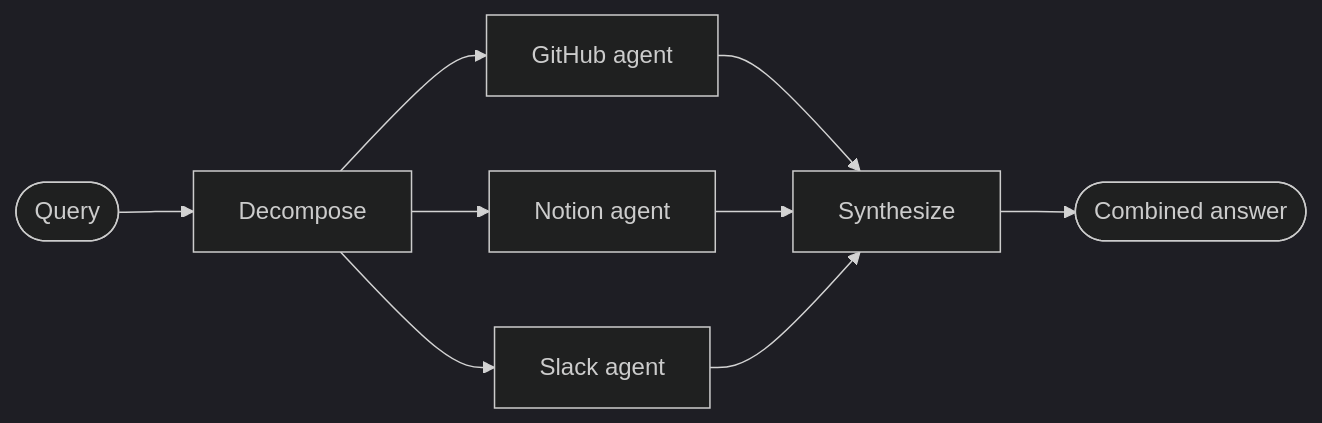
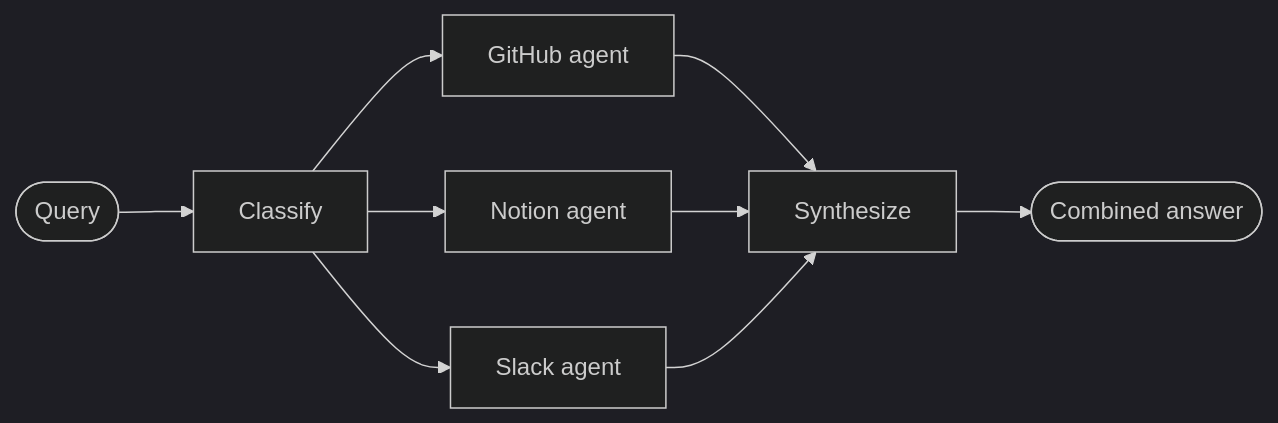
The diagram in src/oss/langchain/multi-agent/router-knowledge-base.mdx (langchain-ai/docs), drawn with Mermaid (dark theme) before and after one commit. The commit also changed other lines of this file, not shown here.

````diff
--- a/src/oss/langchain/multi-agent/router-knowledge-base.mdx
+++ b/src/oss/langchain/multi-agent/router-knowledge-base.mdx
@@ -21,11 +21,11 @@
 ```mermaid
 graph LR
-    A([Query]) --> B[Decompose]
+    A([Query]) --> B[Classify]
     B --> C[GitHub agent]
     B --> D[Notion agent]
     B --> E[Slack agent]
     C --> F[Synthesize]
     D --> F
     E --> F
     F --> G([Combined answer])
 ```
````
